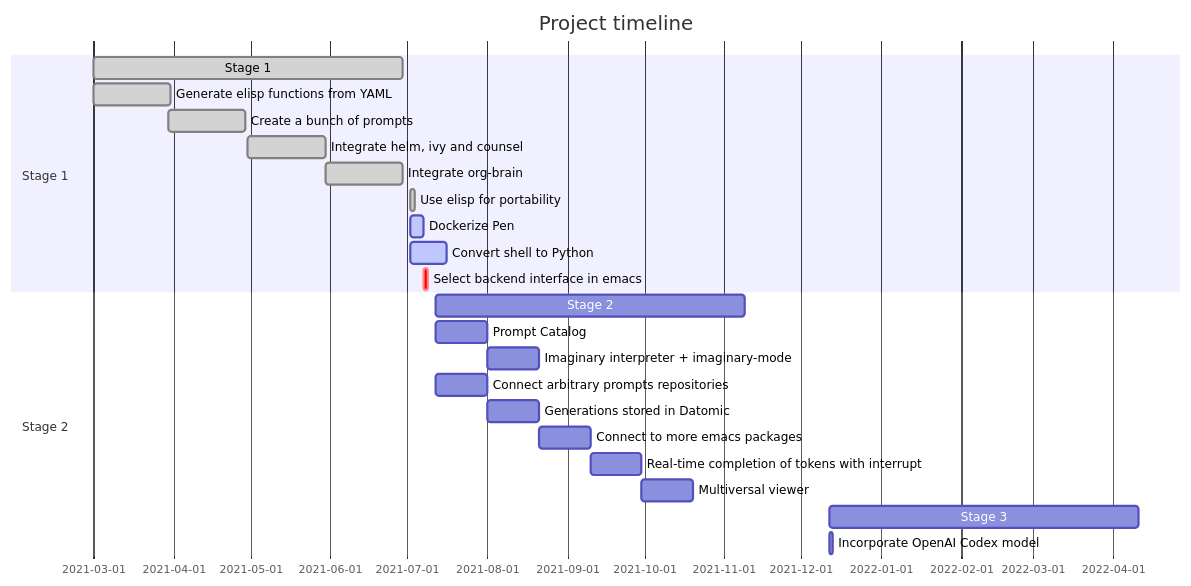
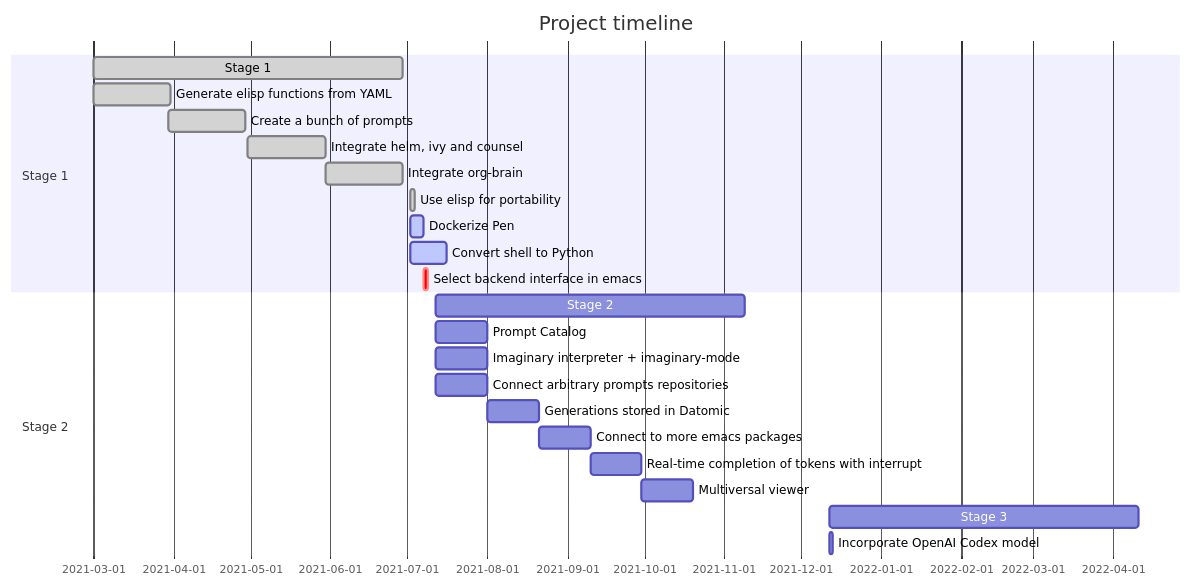
The diagram in docs/README.org (semiosis/pen.el), drawn with Mermaid before and after one commit. The commit also changed 1 other file, not shown here.

Commit message:
Fri 02 Jul 2021 19:28:02

```diff
--- a/docs/README.org
+++ b/docs/README.org
@@ -31,26 +31,26 @@
 #+BEGIN_SRC mermaid :results raw :file project-timeline.png
   gantt
           title Project timeline
           dateFormat  YYYY-MM-DD
           section Stage 1
           Stage 1  :done, :s1, 2021-03-01, 120d
           Generate elisp functions from YAML  :done,  :a1, 2021-03-01, 30d
           Create a bunch of prompts  :done,   :a3, 2021-03-30, 30d
           Integrate helm, ivy and counsel  :done,   :a4, 2021-04-30, 30d
           Integrate org-brain  :done,   :a5, 2021-05-30, 30d
           Use elisp for portability :done,  :b2, 2021-07-02, 2d
           Dockerize Pen : active, b3, after b2 , 5d
           Convert shell to Python : active, b4, after b2 , 14d
           Select backend interface in emacs :crit, after b3, 2d
           section Stage 2
           Stage 2  :s2, 2021-07-12, 120d
           Prompt Catalog : b6a, 2021-07-12, 20d
-          Imaginary interpreter + imaginary-mode : b11, after b6, 20d
+          Imaginary interpreter + imaginary-mode : b11, 2021-07-12, 20d
           Connect arbitrary prompts repositories : b6, 2021-07-12, 20d
           Generations stored in Datomic : b7, after b6, 20d
           Connect to more emacs packages : b8, after b7 , 20d
           Real-time completion of tokens with interrupt : b9, after b8, 20d
           Multiversal viewer : b10, after b9, 20d
           Stage 3  :s2, 2021-12-12, 120d
           Incorporate OpenAI Codex model : c1, 2021-12-12, 1d
 #+END_SRC
```
